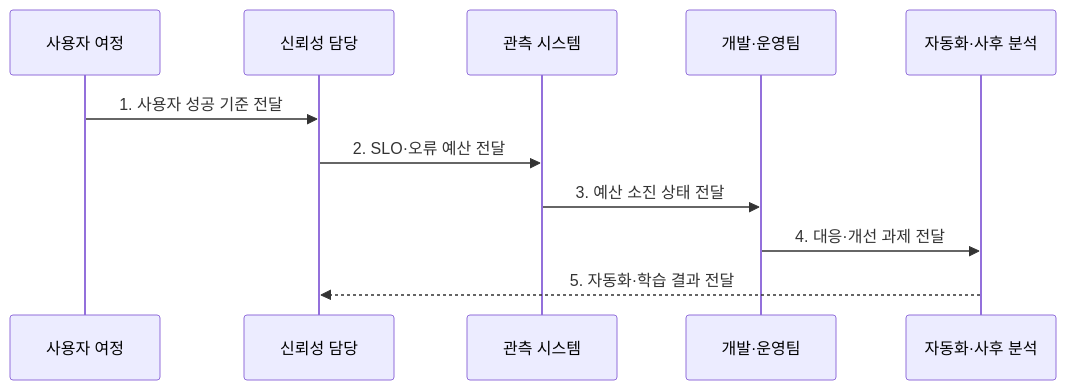
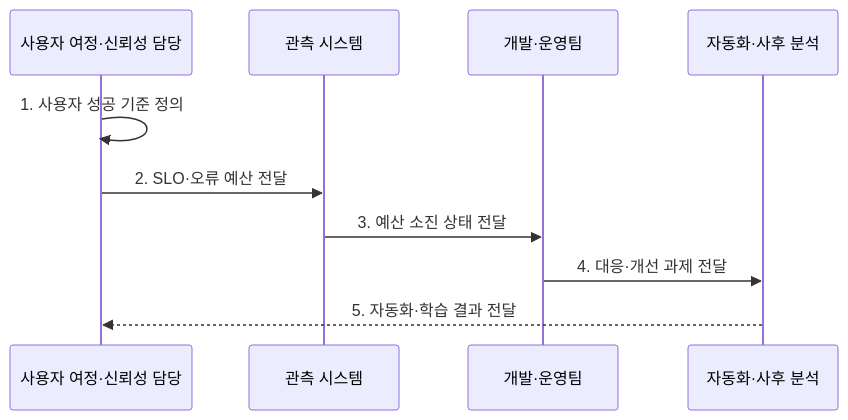
The second of 2 diagrams in src/content/docs/notes/08-latest-tech/172_sre.md (agnusdei1207/knowledge-base), drawn with Mermaid before and after one commit. The commit also changed other lines of this file and 3 other files, not shown here.

````diff
--- a/src/content/docs/notes/08-latest-tech/172_sre.md
+++ b/src/content/docs/notes/08-latest-tech/172_sre.md
@@ -99,13 +99,12 @@
 ```mermaid
 sequenceDiagram
-    participant U as 사용자 여정
-    participant R as 신뢰성 담당
+    participant R as 사용자 여정·신뢰성 담당
     participant M as 관측 시스템
     participant D as 개발·운영팀
     participant A as 자동화·사후 분석
-    U->>R: 1. 사용자 성공 기준 전달
+    R->>R: 1. 사용자 성공 기준 정의
     R->>M: 2. SLO·오류 예산 전달
     M->>D: 3. 예산 소진 상태 전달
     D->>A: 4. 대응·개선 과제 전달
     A-->>R: 5. 자동화·학습 결과 전달
 ```
````
